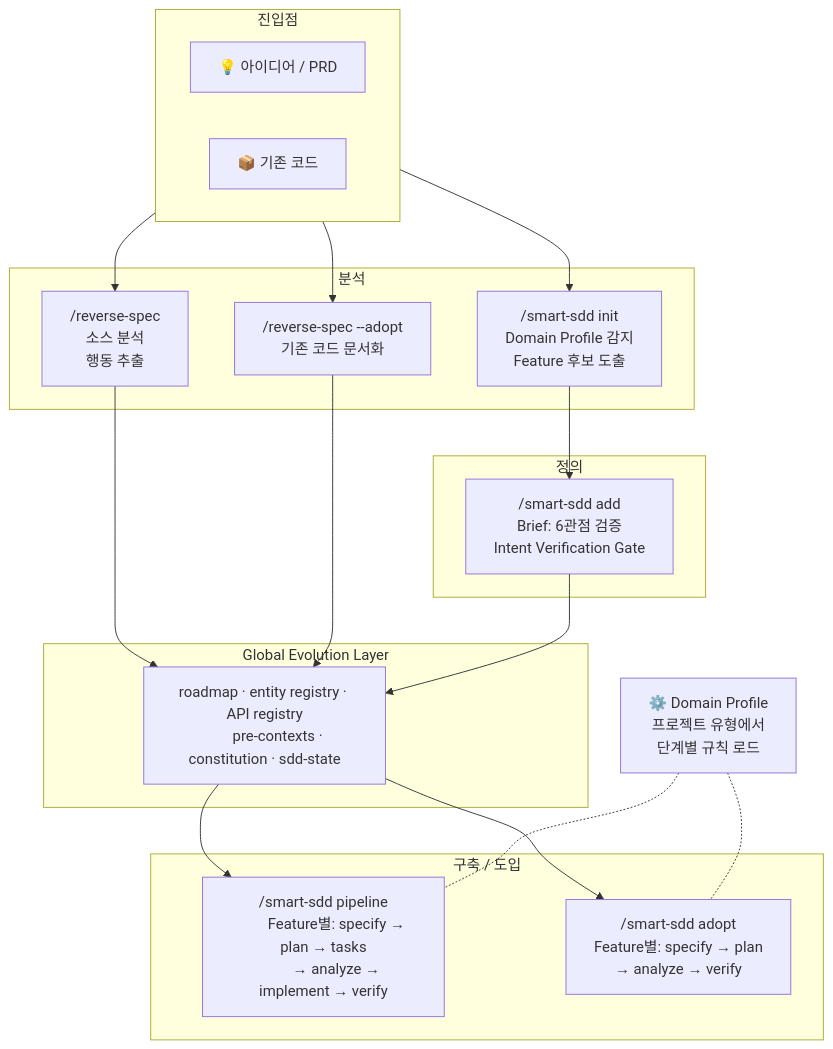
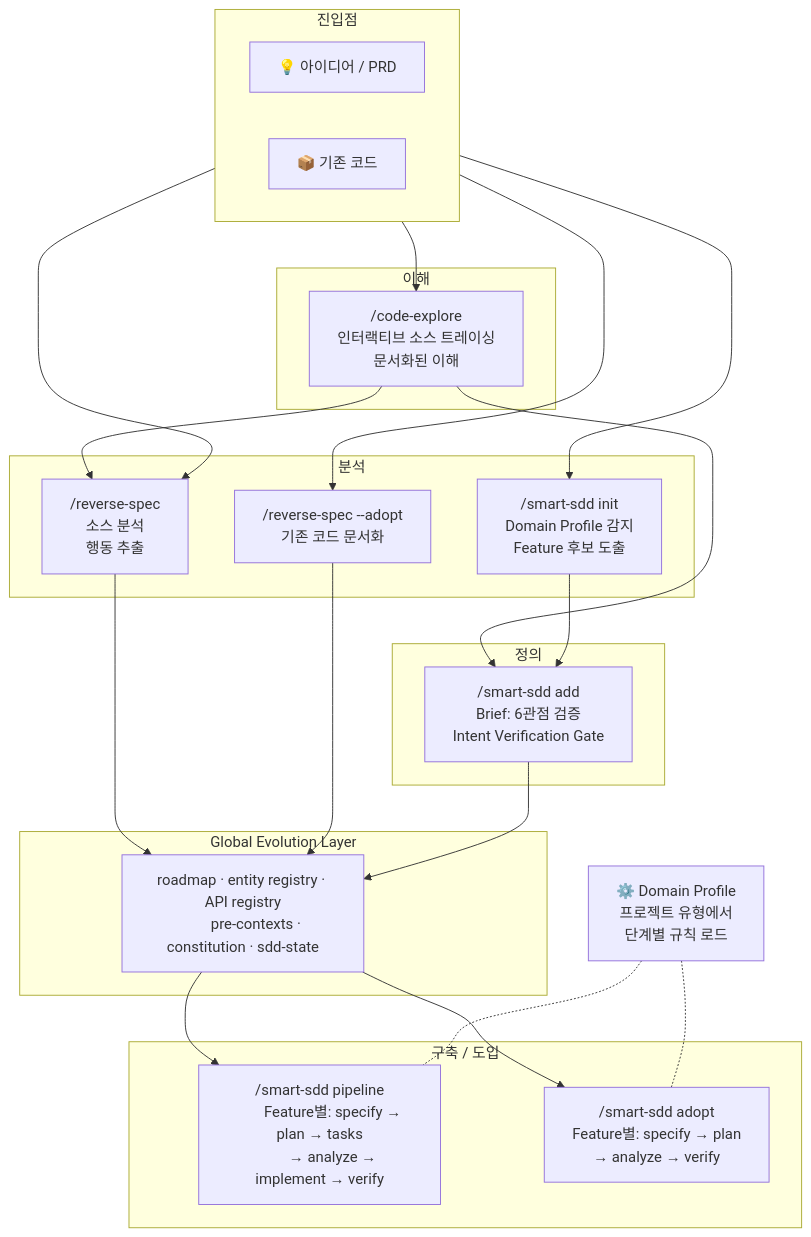
The second of 5 diagrams in README.ko.md (coolhero/spec-kit-skills), drawn with Mermaid before and after one commit. The commit also changed other lines of this file and 6 other files, not shown here.

First line of the commit message:
Add code-explore skill skeleton and integrate into README

````diff
--- a/README.ko.md
+++ b/README.ko.md
@@ -175,55 +177,64 @@
 ```mermaid
 flowchart TD
     subgraph entry["진입점"]
         direction LR
         IDEA["💡 아이디어 / PRD"]
         CODE["📦 기존 코드"]
+    end
+
+    subgraph explore["이해"]
+        CE["/code-explore
+        인터랙티브 소스 트레이싱
+        문서화된 이해"]
     end
 
     subgraph analyze["분석"]
         INIT["/smart-sdd init
         Domain Profile 감지
         Feature 후보 도출"]
         RS["/reverse-spec
         소스 분석
         행동 추출"]
         ADOPT_RS["/reverse-spec --adopt
         기존 코드 문서화"]
     end
 
     subgraph define["정의"]
         ADD["/smart-sdd add
         Brief: 6관점 검증
         Intent Verification Gate"]
     end
 
     subgraph artifacts["Global Evolution Layer"]
         GEL["roadmap · entity registry · API registry
         pre-contexts · constitution · sdd-state"]
     end
 
     subgraph build["구축 / 도입"]
         PIPELINE["/smart-sdd pipeline
         Feature별: specify → plan → tasks
         → analyze → implement → verify"]
         ADOPT_P["/smart-sdd adopt
         Feature별: specify → plan
         → analyze → verify"]
     end
 
     DP["⚙️ Domain Profile
     프로젝트 유형에서
     단계별 규칙 로드"]
 
     IDEA --> INIT
+    CODE --> CE
+    CE --> RS
+    CE --> ADD
     CODE --> RS
     CODE --> ADOPT_RS
     INIT --> ADD
     RS --> GEL
     ADOPT_RS --> GEL
     ADD --> GEL
     GEL --> PIPELINE
     GEL --> ADOPT_P
     DP -.- PIPELINE
     DP -.- ADOPT_P
 ```
````
